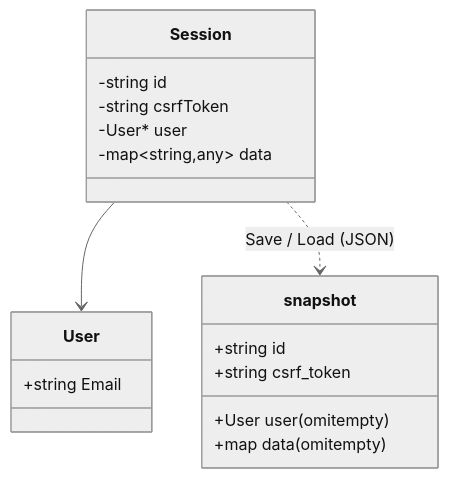
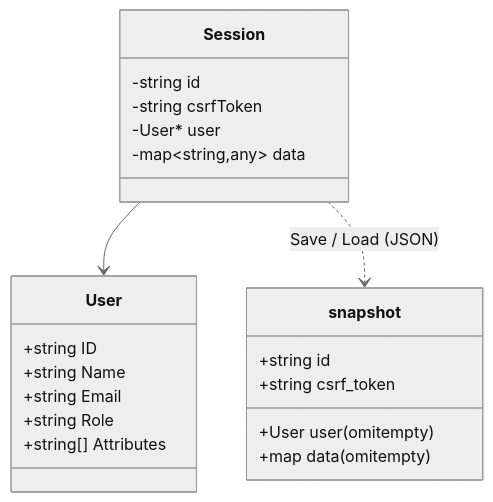
One commit to fatin-suhaimi/teacher-workspace changed the first of 3 diagrams in docs/engineering-onboarding/subsystems/sessions.md. Above: the diagram before and after it, drawn with Mermaid (neutral theme). The commit also changed other lines of this file and 25 other files, not shown here.

````diff
--- a/docs/engineering-onboarding/subsystems/sessions.md
+++ b/docs/engineering-onboarding/subsystems/sessions.md
@@ -28,20 +28,24 @@
 ```mermaid
 classDiagram
     class Session {
         -string id
         -string csrfToken
         -User* user
         -map~string,any~ data
     }
     class User {
+        +string ID
+        +string Name
         +string Email
+        +string Role
+        +string[] Attributes
     }
     class snapshot {
         +string id
         +string csrf_token
         +User user (omitempty)
         +map data (omitempty)
     }
     Session --> User
     Session ..> snapshot : Save / Load (JSON)
 ```
````
